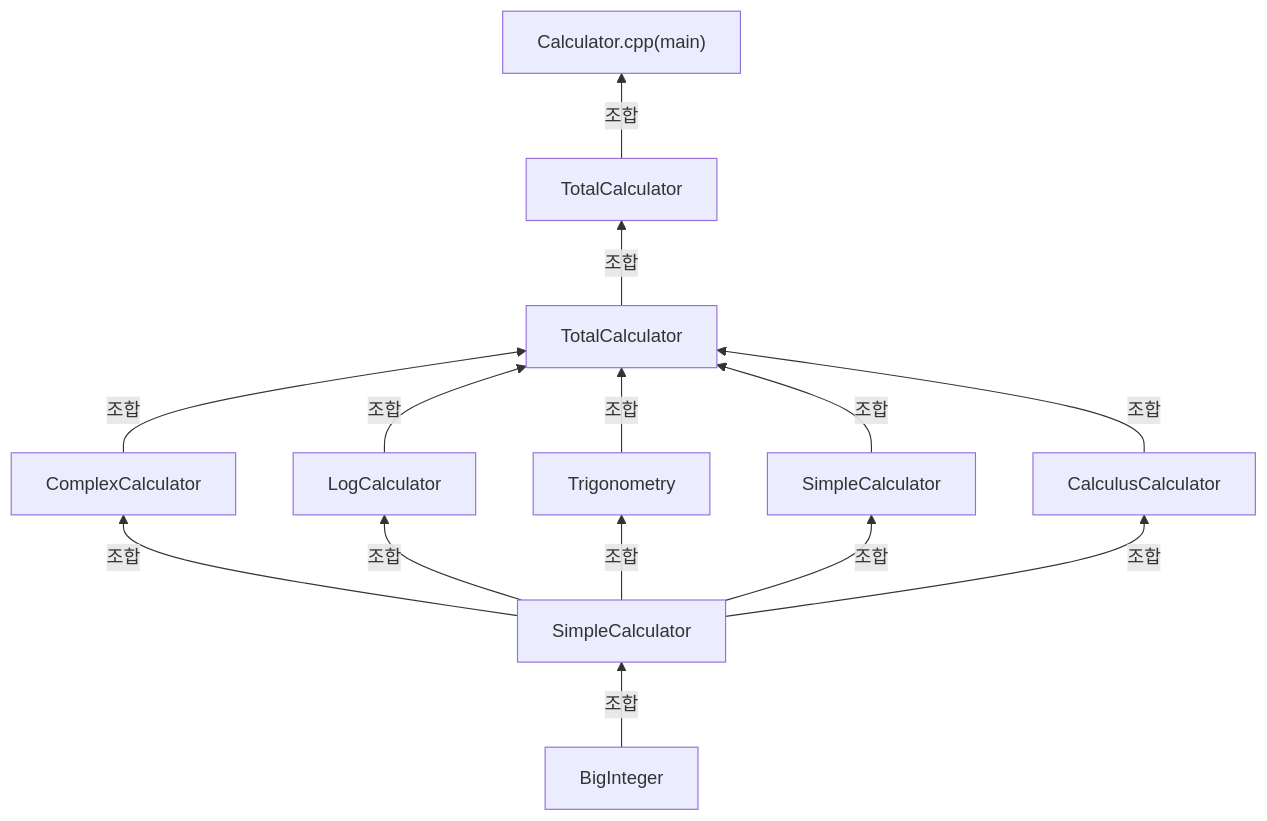
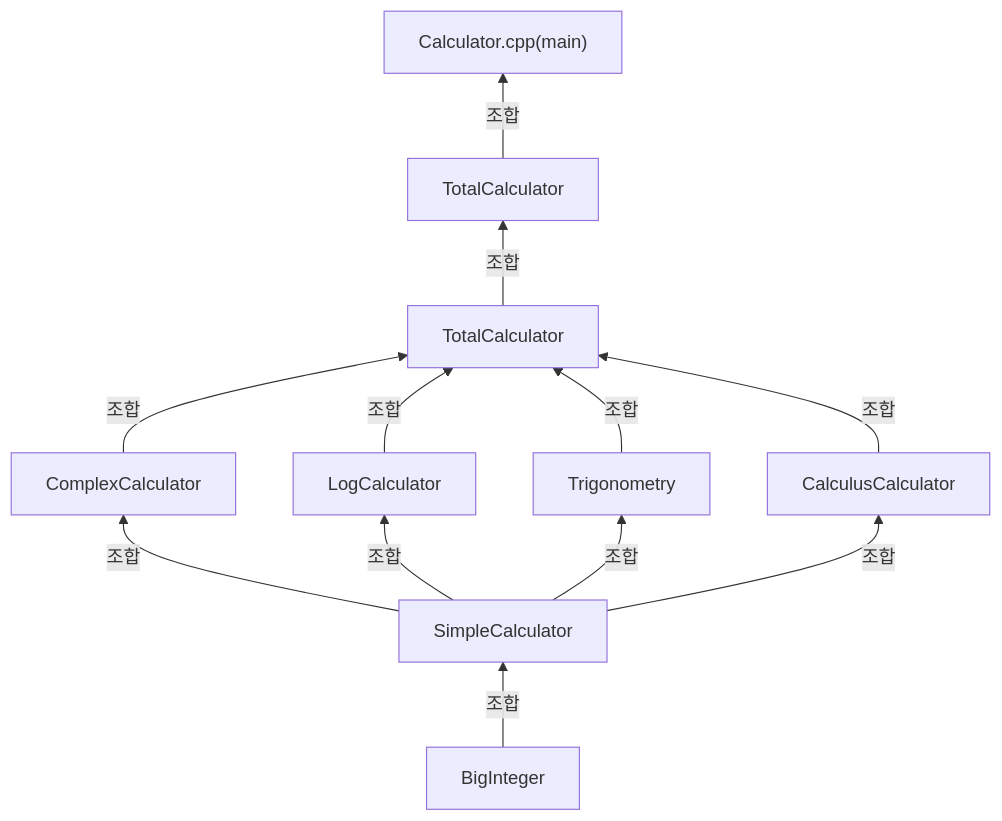
Before and after one commit to potatostore/Obsidian: the diagram in Project/Calculator(c++).md, drawn with Mermaid. The commit also changed other lines of this file, not shown here.

````diff
--- a/Project/Calculator(c++).md
+++ b/Project/Calculator(c++).md
@@ -14,21 +14,19 @@
 ```mermaid
 graph BT
 		A1["BigInteger"] --조합--> A2["SimpleCalculator"]
 		
 		A2 --조합--> A3["ComplexCalculator"]
 		A2 --조합--> B3["LogCalculator"]
 		A2 --조합--> C3["Trigonometry"]
-		A2 --조합--> D3["SimpleCalculator"]
-		A2 --조합--> E3["CalculusCalculator"]
+		A2 --조합--> D3["CalculusCalculator"]
 
 		A3 --조합--> A4["TotalCalculator"]
 		B3 --조합--> A4["TotalCalculator"]
 		C3 --조합--> A4["TotalCalculator"]
 		D3 --조합--> A4["TotalCalculator"]
-		E3 --조합--> A4["TotalCalculator"]
 
 		A4 --조합--> A5["TotalCalculator"]
 
 		A5 --조합--> A6["Calculator.cpp(main)"]
 		
 ```
````
